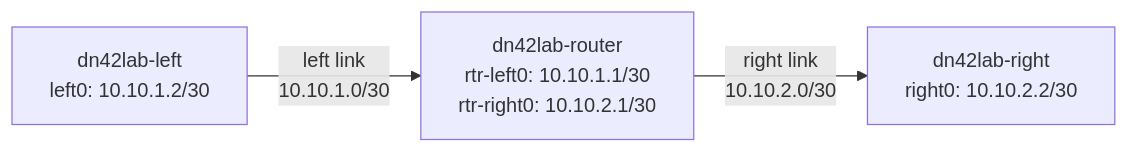
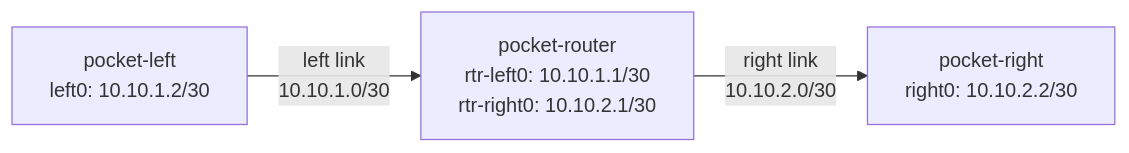
Before and after one commit to rysaunders/DN42_Networking_by_Experimenting: the diagram in docs/part-01-first-principles/01-linux-networking.md, drawn with Mermaid. The commit also changed other lines of this file and 7 other files, not shown here.

Commit message:
Rename first lab to Pocket Internet language

````diff
--- a/docs/part-01-first-principles/01-linux-networking.md
+++ b/docs/part-01-first-principles/01-linux-networking.md
@@ -43,9 +43,9 @@
 ```mermaid
 flowchart LR
-  left["dn42lab-left<br/>left0: 10.10.1.2/30"]
-  router["dn42lab-router<br/>rtr-left0: 10.10.1.1/30<br/>rtr-right0: 10.10.2.1/30"]
-  right["dn42lab-right<br/>right0: 10.10.2.2/30"]
+  left["pocket-left<br/>left0: 10.10.1.2/30"]
+  router["pocket-router<br/>rtr-left0: 10.10.1.1/30<br/>rtr-right0: 10.10.2.1/30"]
+  right["pocket-right<br/>right0: 10.10.2.2/30"]
 
   left -- "left link<br/>10.10.1.0/30" --> router
   router -- "right link<br/>10.10.2.0/30" --> right
 ```
````
